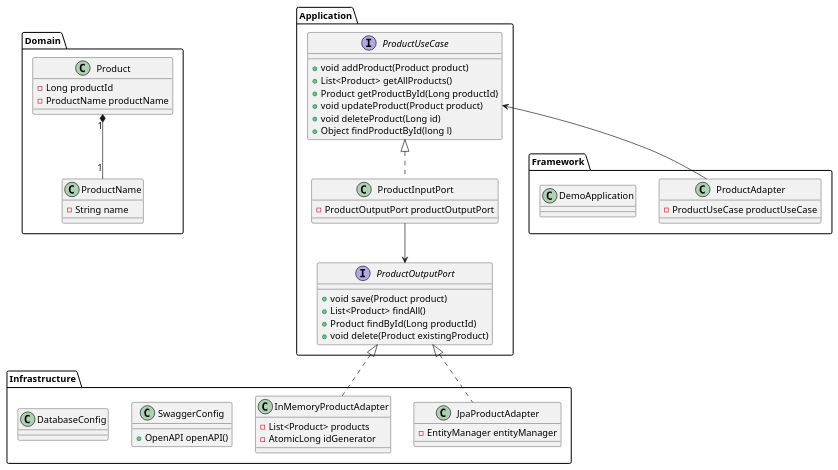
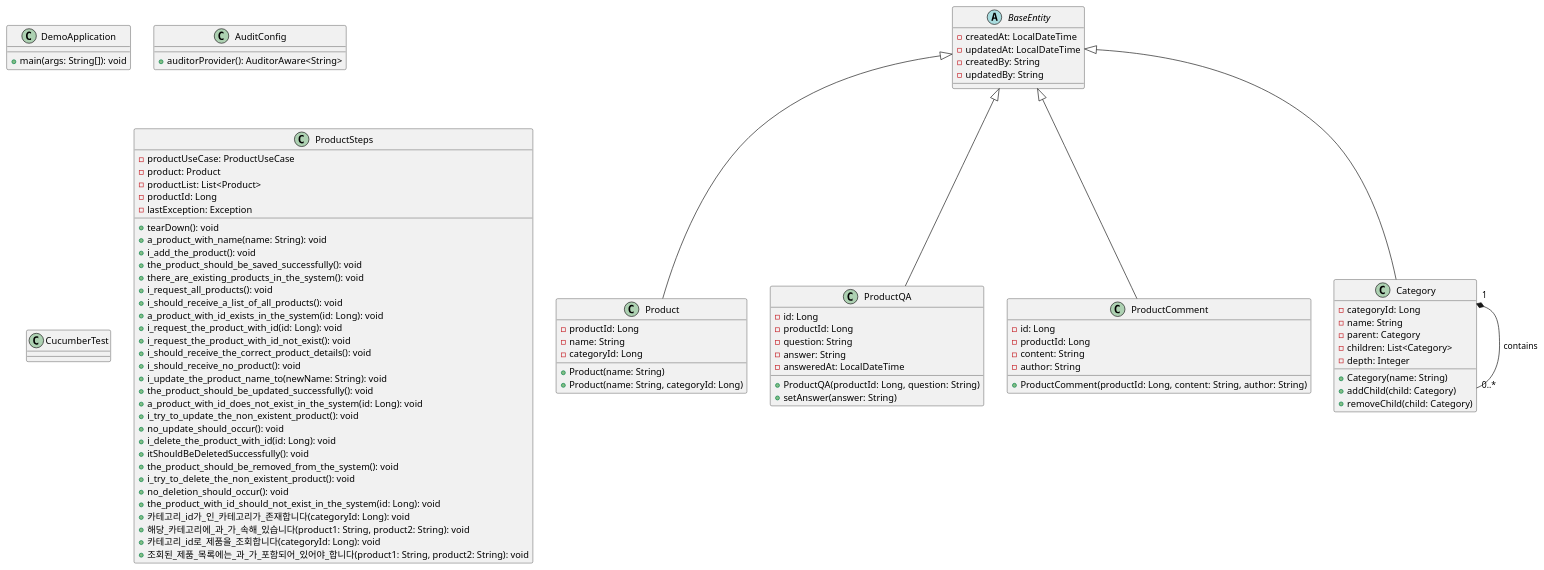
The diagram in document/uml/classDiagram.puml (stoneidev/BackOffice), drawn with PlantUML before and after one commit. The commit also changed 8 other files, not shown here.

Commit message:
add: delete category

```diff
--- a/document/uml/classDiagram.puml
+++ b/document/uml/classDiagram.puml
@@ -1,72 +1,109 @@
 @startuml
 
-package "Domain" {
-  class Product {
-    -Long productId
-    -ProductName productName
-  }
-  
-  class ProductName {
-    -String name
-  }
+' Abstract base class
+abstract class BaseEntity {
+  - createdAt: LocalDateTime
+  - updatedAt: LocalDateTime
+  - createdBy: String
+  - updatedBy: String
 }
 
-package "Application" {
-  interface ProductUseCase {
-    +void addProduct(Product product)
-    +List<Product> getAllProducts()
-    +Product getProductById(Long productId)
-    +void updateProduct(Product product)
-    +void deleteProduct(Long id)
-    +Object findProductById(long l)
-  }
-  
-  class ProductInputPort {
-    -ProductOutputPort productOutputPort
-  }
-  
-  interface ProductOutputPort {
-    +void save(Product product)
-    +List<Product> findAll()
-    +Product findById(Long productId)
-    +void delete(Product existingProduct)
-  }
+' Product entity
+class Product {
+  - productId: Long
+  - name: String
+  - categoryId: Long
+  + Product(name: String)
+  + Product(name: String, categoryId: Long)
 }
 
-package "Infrastructure" {
-  class JpaProductAdapter {
-    -EntityManager entityManager
-  }
-  
-  class InMemoryProductAdapter {
-    -List<Product> products
-    -AtomicLong idGenerator
-  }
-  
-  class SwaggerConfig {
-    +OpenAPI openAPI()
-  }
-  
-  class DatabaseConfig {
-  }
+' ProductQA entity
+class ProductQA {
+  - id: Long
+  - productId: Long
+  - question: String
+  - answer: String
+  - answeredAt: LocalDateTime
+  + ProductQA(productId: Long, question: String)
+  + setAnswer(answer: String)
 }
 
-package "Framework" {
-  class ProductAdapter {
-    -ProductUseCase productUseCase
-  }
-  
-  class DemoApplication {
-  }
+' ProductComment entity
+class ProductComment {
+  - id: Long
+  - productId: Long
+  - content: String
+  - author: String
+  + ProductComment(productId: Long, content: String, author: String)
 }
 
-Product "1" *-- "1" ProductName
+' Category entity
+class Category {
+  - categoryId: Long
+  - name: String
+  - parent: Category
+  - children: List<Category>
+  - depth: Integer
+  + Category(name: String)
+  + addChild(child: Category)
+  + removeChild(child: Category)
+}
 
-ProductUseCase <|.. ProductInputPort
-ProductOutputPort <|.. JpaProductAdapter
-ProductOutputPort <|.. InMemoryProductAdapter
-ProductUseCase <-- ProductAdapter
+' DemoApplication
+class DemoApplication {
+  + main(args: String[]): void
+}
 
-ProductInputPort --> ProductOutputPort
+' AuditConfig
+class AuditConfig {
+  + auditorProvider(): AuditorAware<String>
+}
+
+' CucumberTest
+class CucumberTest {
+}
+
+' ProductSteps
+class ProductSteps {
+  - productUseCase: ProductUseCase
+  - product: Product
+  - productList: List<Product>
+  - productId: Long
+  - lastException: Exception
+  + tearDown(): void
+  + a_product_with_name(name: String): void
+  + i_add_the_product(): void
+  + the_product_should_be_saved_successfully(): void
+  + there_are_existing_products_in_the_system(): void
+  + i_request_all_products(): void
+  + i_should_receive_a_list_of_all_products(): void
+  + a_product_with_id_exists_in_the_system(id: Long): void
+  + i_request_the_product_with_id(id: Long): void
+  + i_request_the_product_with_id_not_exist(): void
+  + i_should_receive_the_correct_product_details(): void
+  + i_should_receive_no_product(): void
+  + i_update_the_product_name_to(newName: String): void
+  + the_product_should_be_updated_successfully(): void
+  + a_product_with_id_does_not_exist_in_the_system(id: Long): void
+  + i_try_to_update_the_non_existent_product(): void
+  + no_update_should_occur(): void
+  + i_delete_the_product_with_id(id: Long): void
+  + itShouldBeDeletedSuccessfully(): void
+  + the_product_should_be_removed_from_the_system(): void
+  + i_try_to_delete_the_non_existent_product(): void
+  + no_deletion_should_occur(): void
+  + the_product_with_id_should_not_exist_in_the_system(id: Long): void
+  + 카테고리_id가_인_카테고리가_존재합니다(categoryId: Long): void
+  + 해당_카테고리에_과_가_속해_있습니다(product1: String, product2: String): void
+  + 카테고리_id로_제품을_조회합니다(categoryId: Long): void
+  + 조회된_제품_목록에는_과_가_포함되어_있어야_합니다(product1: String, product2: String): void
+}
+
+' Relationships
+BaseEntity <|-- Product
+BaseEntity <|-- ProductQA
+BaseEntity <|-- ProductComment
+BaseEntity <|-- Category
+Category "1" *-- "0..*" Category : contains
 
 @enduml
```
